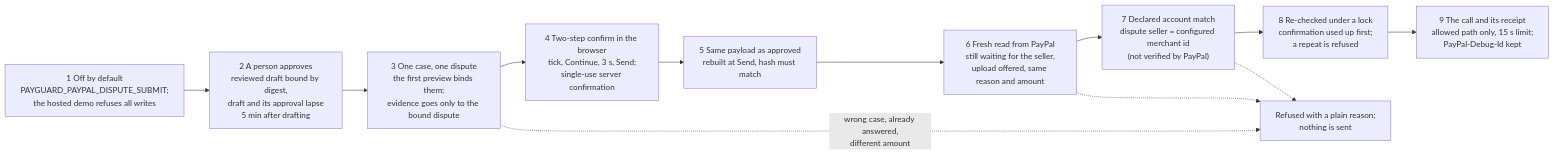
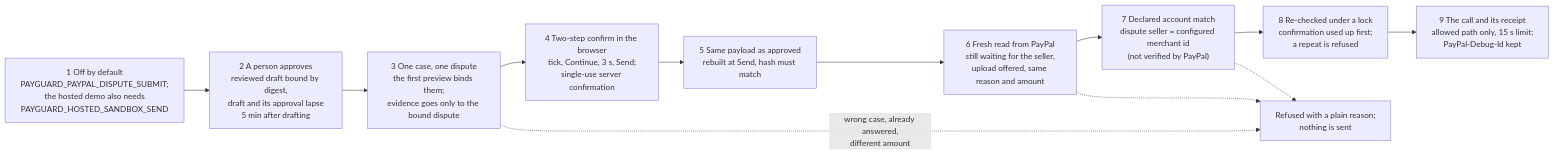
One commit to jiarong0423/payguard-ai changed the second of 2 diagrams in README.md. Above: the diagram before and after it, drawn with Mermaid. The commit also changed other lines of this file and 38 other files, not shown here.

Commit message:
Hosted demo can read PayPal Sandbox disputes and make one capped real evidence send (switches default off); Bryntum board uses real due dates; first screen leads with the verified send and read-back; numbers recounted

````diff
--- a/README.md
+++ b/README.md
@@ -273,14 +281,14 @@
 ```mermaid
 flowchart LR
-    S1["1 Off by default<br/>PAYGUARD_PAYPAL_DISPUTE_SUBMIT;<br/>the hosted demo refuses all writes"] --> S2["2 A person approves<br/>reviewed draft bound by digest,<br/>draft and its approval lapse<br/>5 min after drafting"]
+    S1["1 Off by default<br/>PAYGUARD_PAYPAL_DISPUTE_SUBMIT;<br/>the hosted demo also needs<br/>PAYGUARD_HOSTED_SANDBOX_SEND"] --> S2["2 A person approves<br/>reviewed draft bound by digest,<br/>draft and its approval lapse<br/>5 min after drafting"]
     S2 --> S3["3 One case, one dispute<br/>the first preview binds them;<br/>evidence goes only to the bound dispute"]
     S3 --> S4["4 Two-step confirm in the browser<br/>tick, Continue, 3 s, Send;<br/>single-use server confirmation"]
     S4 --> S5["5 Same payload as approved<br/>rebuilt at Send, hash must match"]
     S5 --> S6["6 Fresh read from PayPal<br/>still waiting for the seller,<br/>upload offered, same reason and amount"]
     S6 --> S7["7 Declared account match<br/>dispute seller = configured merchant id<br/>(not verified by PayPal)"]
     S7 --> S8["8 Re-checked under a lock<br/>confirmation used up first;<br/>a repeat is refused"]
     S8 --> S9["9 The call and its receipt<br/>allowed path only, 15 s limit;<br/>PayPal-Debug-Id kept"]
     S3 -.->|wrong case, already answered,<br/>different amount| R["Refused with a plain reason;<br/>nothing is sent"]
     S6 -.-> R
     S7 -.-> R
 ```
````
